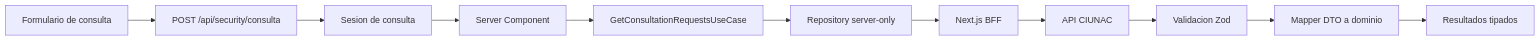
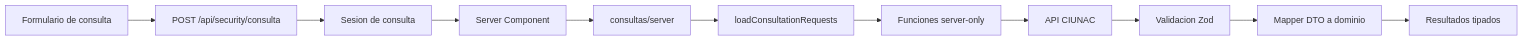
One commit to luismiguelgs/ciunac-sol-1.3 changed the diagram in docs/architecture/adr/010-typed-consultation-context.md. Above: the diagram before and after it, drawn with Mermaid. The commit also changed other lines of this file and 431 other files, not shown here.

````diff
--- a/docs/architecture/adr/010-typed-consultation-context.md
+++ b/docs/architecture/adr/010-typed-consultation-context.md
@@ -34,13 +35,13 @@
 ```mermaid
 flowchart LR
     Form["Formulario de consulta"] --> Security["POST /api/security/consulta"]
     Security --> Session["Sesion de consulta"]
     Session --> Page["Server Component"]
-    Page --> UseCase["GetConsultationRequestsUseCase"]
-    UseCase --> Repository["Repository server-only"]
-    Repository --> BFF["Next.js BFF"]
-    BFF --> API["API CIUNAC"]
+    Page --> Public["consultas/server"]
+    Public --> UseCase["loadConsultationRequests"]
+    UseCase --> Repository["Funciones server-only"]
+    Repository --> API["API CIUNAC"]
     API --> Schema["Validacion Zod"]
     Schema --> Mapper["Mapper DTO a dominio"]
     Mapper --> View["Resultados tipados"]
 ```
````
